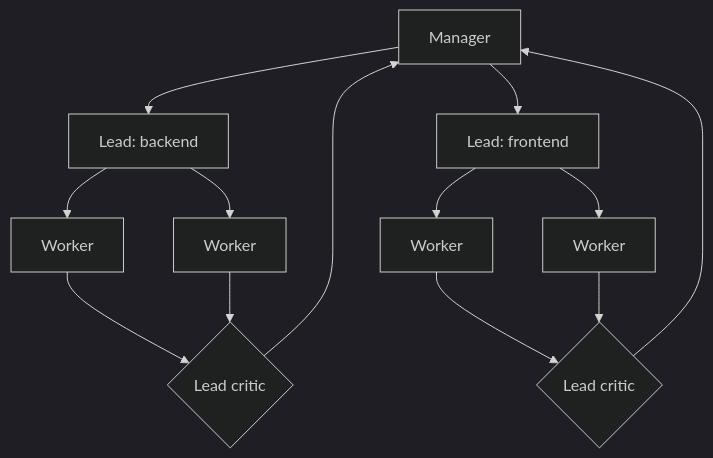
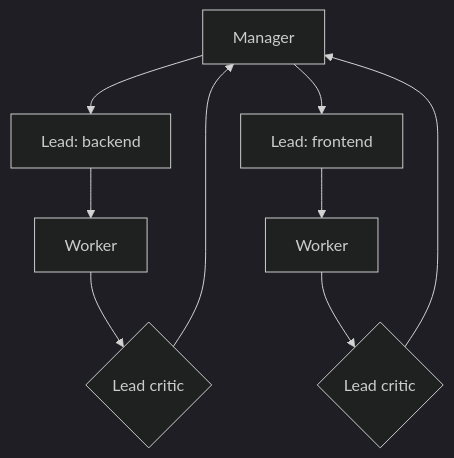
Before and after one commit to JNK234/claude-dotfiles: the fourth of 14 diagrams in research/autonomous-agent-fleet.md, drawn with Mermaid (dark theme). The commit also changed other lines of this file, not shown here.

````diff
--- a/research/autonomous-agent-fleet.md
+++ b/research/autonomous-agent-fleet.md
@@ -255,12 +253,7 @@
 ```mermaid
 flowchart TB
-    MgrTop[Manager] --> LeadA[Lead: backend]
-    MgrTop --> LeadB[Lead: frontend]
-    LeadA --> WA1[Worker]
-    LeadA --> WA2[Worker]
-    LeadB --> WB1[Worker]
-    LeadB --> WB2[Worker]
-    WA1 & WA2 --> CA{Lead critic}
-    WB1 & WB2 --> CB{Lead critic}
-    CA & CB --> MgrTop
+  Mgr[Manager]-->La[Lead: backend]-->wa[Worker]
+  Mgr-->Lb[Lead: frontend]-->wb[Worker]
+  wa-->Ca{Lead critic}-->Mgr
+  wb-->Cb{Lead critic}-->Mgr
 ```
````
